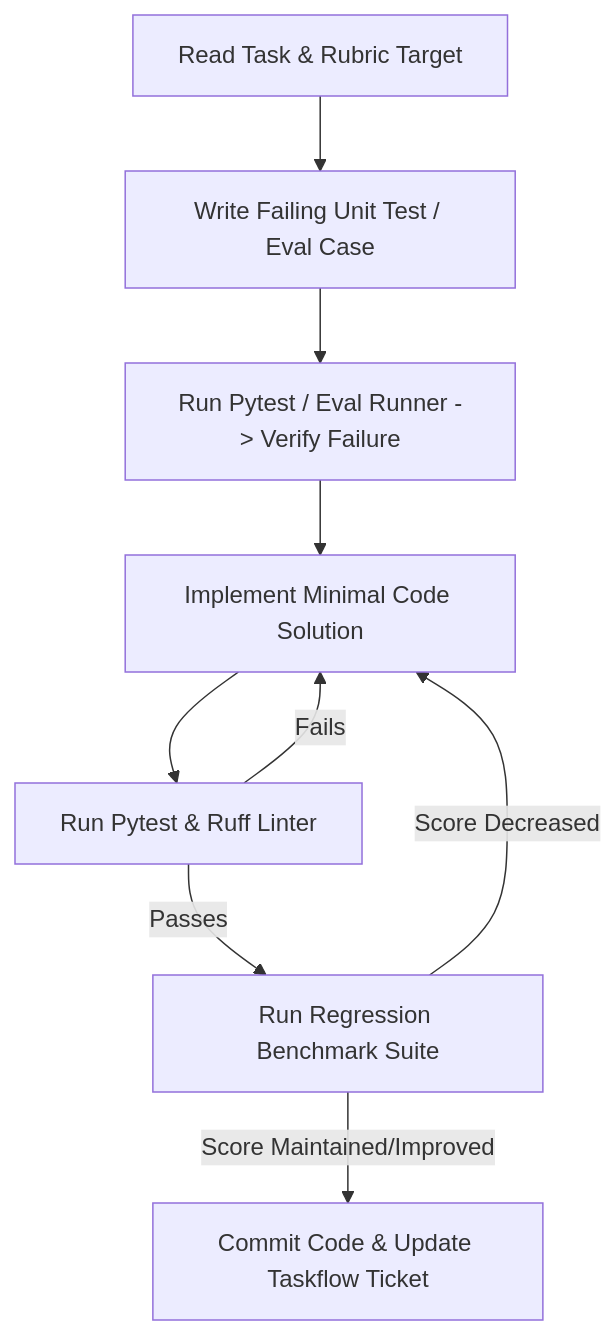
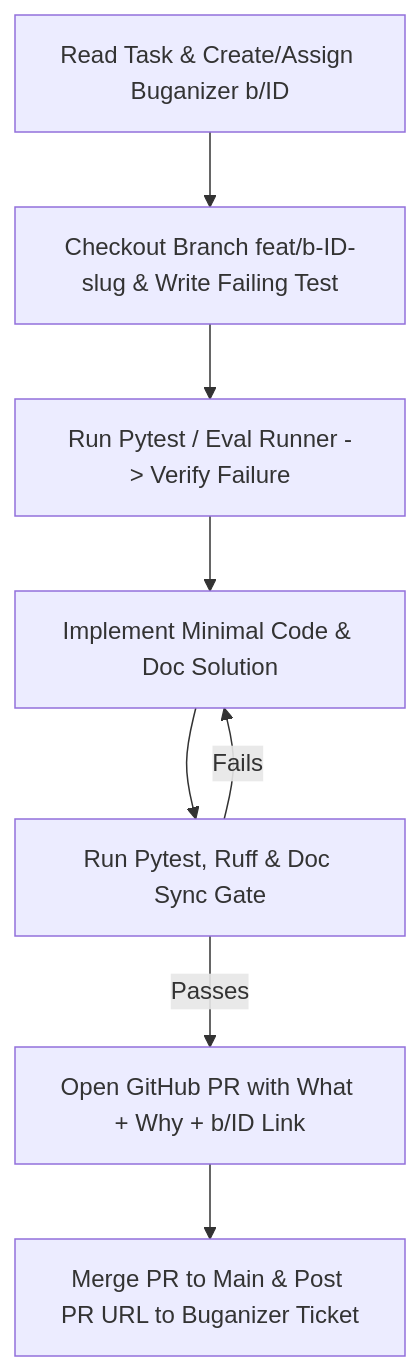
The diagram in AGENTS.md (willie3838/williamc-ecomm-capstone), drawn with Mermaid before and after one commit. The commit also changed other lines of this file, not shown here.

Commit message:
docs(agents): enforce GitHub PR creation with What+Why description and bidirectional Buganizer linking (b/563405776)

````diff
--- a/AGENTS.md
+++ b/AGENTS.md
@@ -88,11 +108,10 @@
 ```mermaid
 flowchart TD
-    A[Read Task & Rubric Target] --> B[Write Failing Unit Test / Eval Case]
+    A[Read Task & Create/Assign Buganizer b/ID] --> B[Checkout Branch feat/b-ID-slug & Write Failing Test]
     B --> C[Run Pytest / Eval Runner -> Verify Failure]
-    C --> D[Implement Minimal Code Solution]
-    D --> E[Run Pytest & Ruff Linter]
+    C --> D[Implement Minimal Code & Doc Solution]
+    D --> E[Run Pytest, Ruff & Doc Sync Gate]
     E -->|Fails| D
-    E -->|Passes| F[Run Regression Benchmark Suite]
-    F -->|Score Decreased| D
-    F -->|Score Maintained/Improved| G[Commit Code & Update Taskflow Ticket]
+    E -->|Passes| F[Open GitHub PR with What + Why + b/ID Link]
+    F --> G[Merge PR to Main & Post PR URL to Buganizer Ticket]
 ```
````
